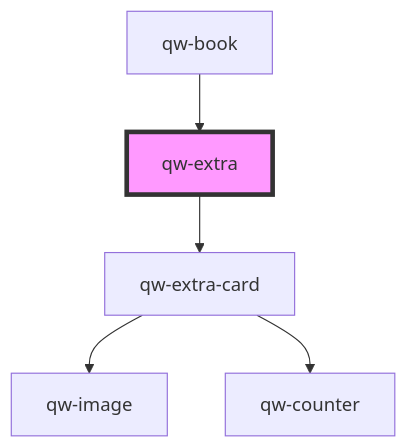
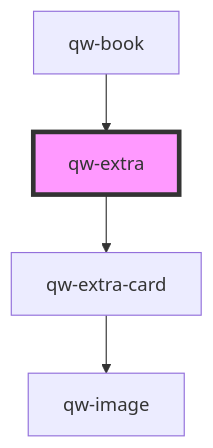
One commit to qwentes-team/qw-hotels changed the diagram in src/components/qw-extra/readme.md. Above: the diagram before and after it, drawn with Mermaid. The commit also changed 4 other files, not shown here.

````diff
--- a/src/components/qw-extra/readme.md
+++ b/src/components/qw-extra/readme.md
@@ -19,8 +19,7 @@
 ```mermaid
 graph TD;
   qw-extra --> qw-extra-card
   qw-extra-card --> qw-image
-  qw-extra-card --> qw-counter
   qw-book --> qw-extra
   style qw-extra fill:#f9f,stroke:#333,stroke-width:4px
 ```
````
